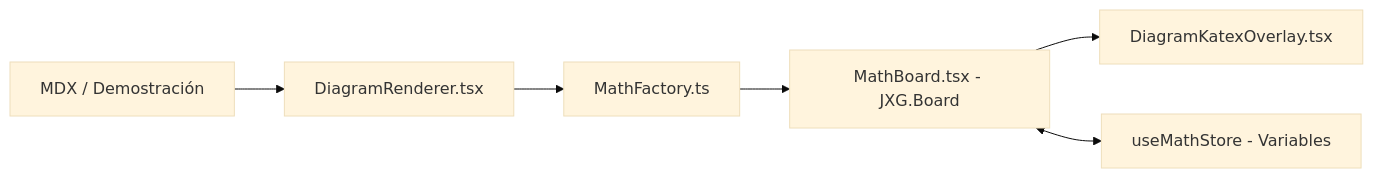
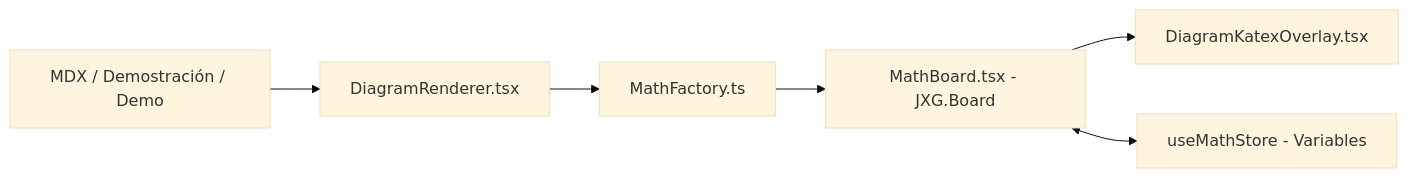
One commit to izaro-c/Matematika changed the diagram in docs/architecture/diagram-engine.md. Above: the diagram before and after it, drawn with Mermaid (base theme). The commit also changed other lines of this file and 10 other files, not shown here.

````diff
--- a/docs/architecture/diagram-engine.md
+++ b/docs/architecture/diagram-engine.md
@@ -21,8 +45,8 @@
 ```mermaid
 graph LR
-    MDX[MDX / Demostración] --> Renderer[DiagramRenderer.tsx]
+    MDX[MDX / Demostración / Demo] --> Renderer[DiagramRenderer.tsx]
     Renderer --> Factory[MathFactory.ts]
     Factory --> Board[MathBoard.tsx - JXG.Board]
     Board --> KaTeX[DiagramKatexOverlay.tsx]
     Board <--> Store[useMathStore - Variables]
 ```
````
